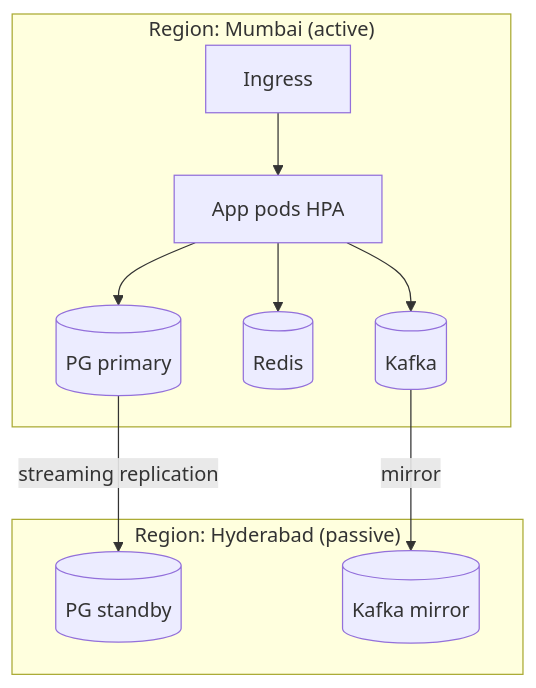
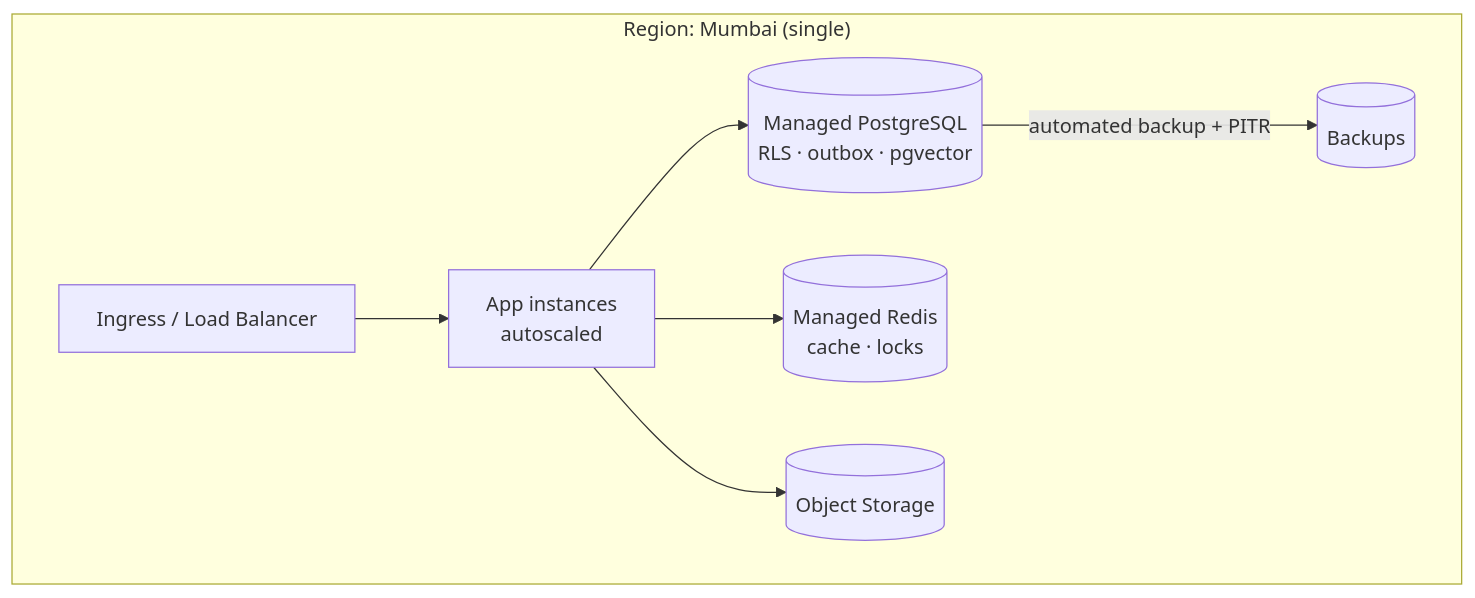
Before and after one commit to ayushrai007/Societix: the fifth of 5 diagrams in docs/01-architecture.md, drawn with Mermaid. The commit also changed other lines of this file and 23 other files, not shown here.

````diff
--- a/docs/01-architecture.md
+++ b/docs/01-architecture.md
@@ -185,15 +209,10 @@
 ```mermaid
 graph TB
-    subgraph "Region: Mumbai (active)"
-      LB1[Ingress] --> P1[App pods HPA]
-      P1 --> PGm[(PG primary)]
-      P1 --> Rm[(Redis)]
-      P1 --> Km[(Kafka)]
+    subgraph "Region: Mumbai (single)"
+      LB[Ingress / Load Balancer] --> P1[App instances<br/>autoscaled]
+      P1 --> PG[(Managed PostgreSQL<br/>RLS · outbox · pgvector)]
+      P1 --> R[(Managed Redis<br/>cache · locks)]
+      P1 --> OBJ[(Object Storage)]
+      PG -->|automated backup + PITR| BAK[(Backups)]
     end
-    subgraph "Region: Hyderabad (passive)"
-      PGh[(PG standby)]
-      Kh[(Kafka mirror)]
-    end
-    PGm -->|streaming replication| PGh
-    Km -->|mirror| Kh
 ```
````
